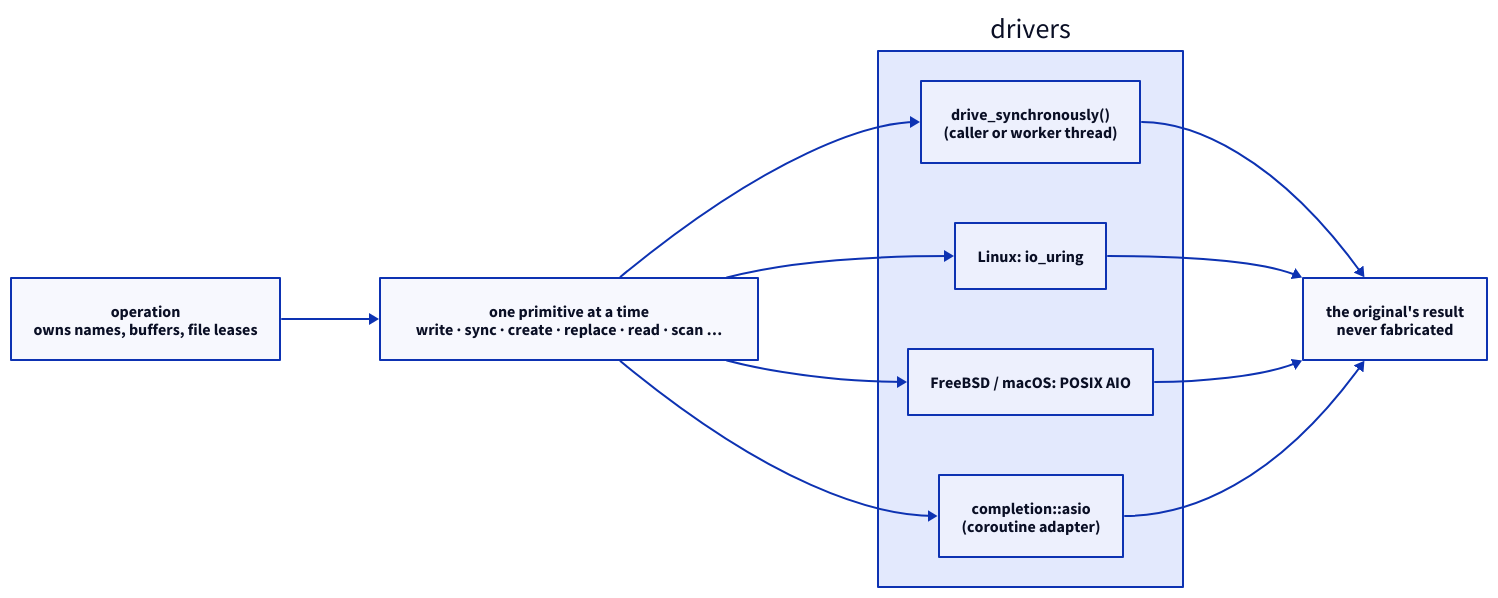
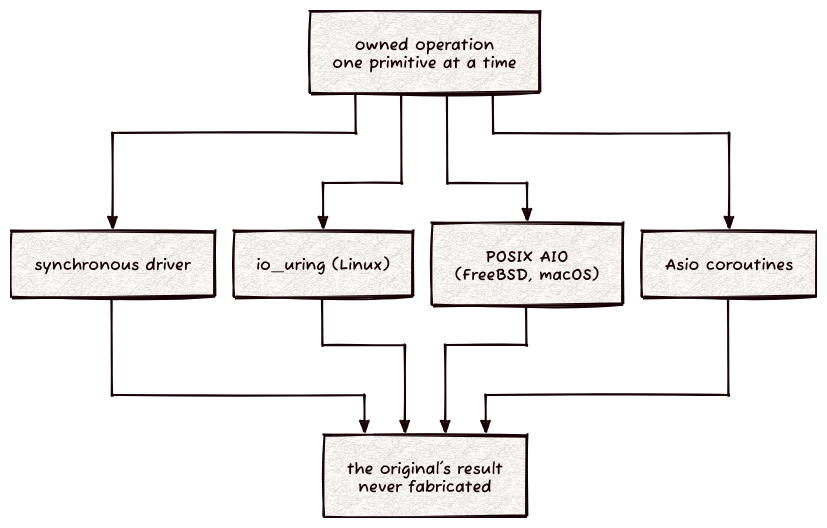
The diagram in docs/completion.d2 (Kronuz/completion), drawn with D2 before and after one commit. The commit also changed 4 other files, not shown here.

```diff
--- a/docs/completion.d2
+++ b/docs/completion.d2
@@ -1,28 +1,19 @@
-# completion: owned operations, one primitive at a time, run on the backend the host picks.
+# completion: an owned operation issues one primitive at a time to the driver the host picks.
 # Render: d2 --layout elk --sketch --theme 302 docs/completion.d2 docs/completion.svg
-direction: right
+vars: { d2-config: { layout-engine: elk; theme-id: 302; sketch: true; pad: 24 } }
+direction: down
 
-op: owned operation {
-  label: "operation\nowns names, buffers, file leases"
-}
-prim: primitive {
-  label: "one primitive at a time\nwrite · sync · create · replace · read · scan …"
-}
-drivers: drivers {
-  sync: "drive_synchronously()\n(caller or worker thread)"
-  linux: "Linux: io_uring"
-  bsd: "FreeBSD / macOS: POSIX AIO"
-  asio: "completion::asio\n(coroutine adapter)"
-}
-result: authentic result {
-  label: "the original's result\nnever fabricated"
-}
-op -> prim
-prim -> drivers.sync
-prim -> drivers.linux
-prim -> drivers.bsd
-prim -> drivers.asio
-drivers.sync -> result
-drivers.linux -> result
-drivers.bsd -> result
-drivers.asio -> result
+op: "owned operation\none primitive at a time"
+sync: "synchronous driver"
+linux: "io_uring (Linux)"
+bsd: "POSIX AIO\n(FreeBSD, macOS)"
+asio: "Asio coroutines"
+result: "the original's result\nnever fabricated"
+op -> sync
+op -> linux
+op -> bsd
+op -> asio
+sync -> result
+linux -> result
+bsd -> result
+asio -> result
```
